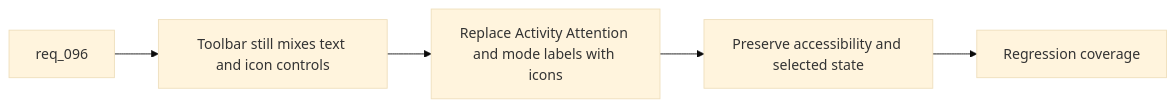
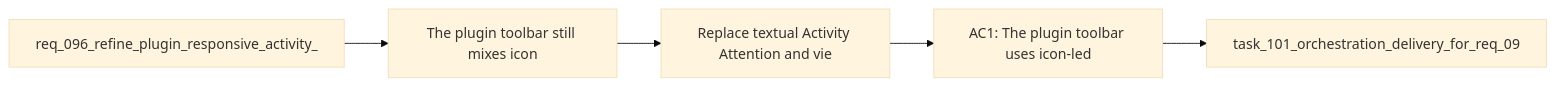
The diagram in logics/backlog/item_159_replace_textual_activity_attention_and_view_mode_labels_with_accessible_toolbar_icons.md (AlexAgo83/logics-manager), drawn with Mermaid (base theme) before and after one commit. The commit also changed 481 other files, not shown here.

````diff
--- a/logics/backlog/item_159_replace_textual_activity_attention_and_view_mode_labels_with_accessible_toolbar_icons.md
+++ b/logics/backlog/item_159_replace_textual_activity_attention_and_view_mode_labels_with_accessible_toolbar_icons.md
@@ -28,9 +28,9 @@
 ```mermaid
 %% logics-kind: backlog
 %% logics-signature: backlog|replace-textual-activity-attention-and-v|req-096-refine-plugin-responsive-activit|the-plugin-toolbar-still-mixes-icon|ac1-the-plugin-toolbar-uses-icon-led
 flowchart LR
-    Request[req_096] --> Problem[Toolbar still mixes text and icon controls]
-    Problem --> Icons[Replace Activity Attention and mode labels with icons]
-    Icons --> A11y[Preserve accessibility and selected state]
-    A11y --> Test[Regression coverage]
+    Request[req_096_refine_plugin_responsive_activity_] --> Problem[The plugin toolbar still mixes icon]
+    Problem --> Scope[Replace textual Activity Attention and vie]
+    Scope --> Acceptance[AC1: The plugin toolbar uses icon-led]
+    Acceptance --> Tasks[task_101_orchestration_delivery_for_req_09]
 ```
````
